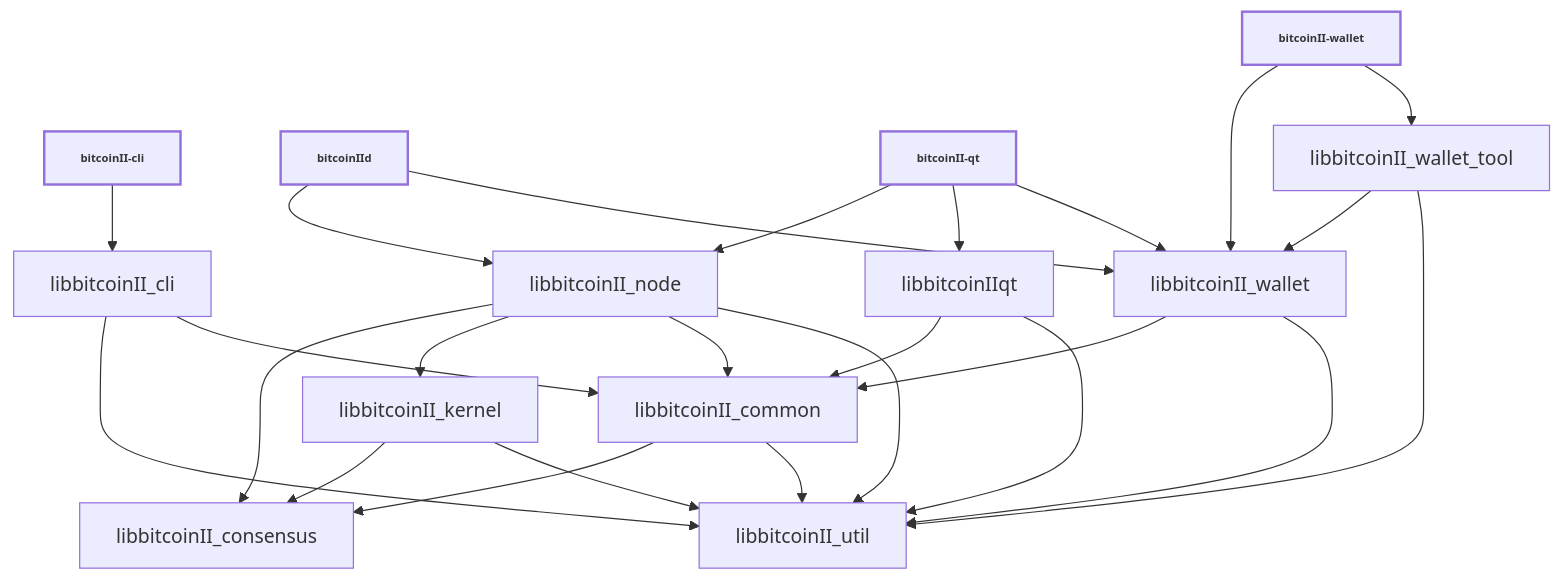
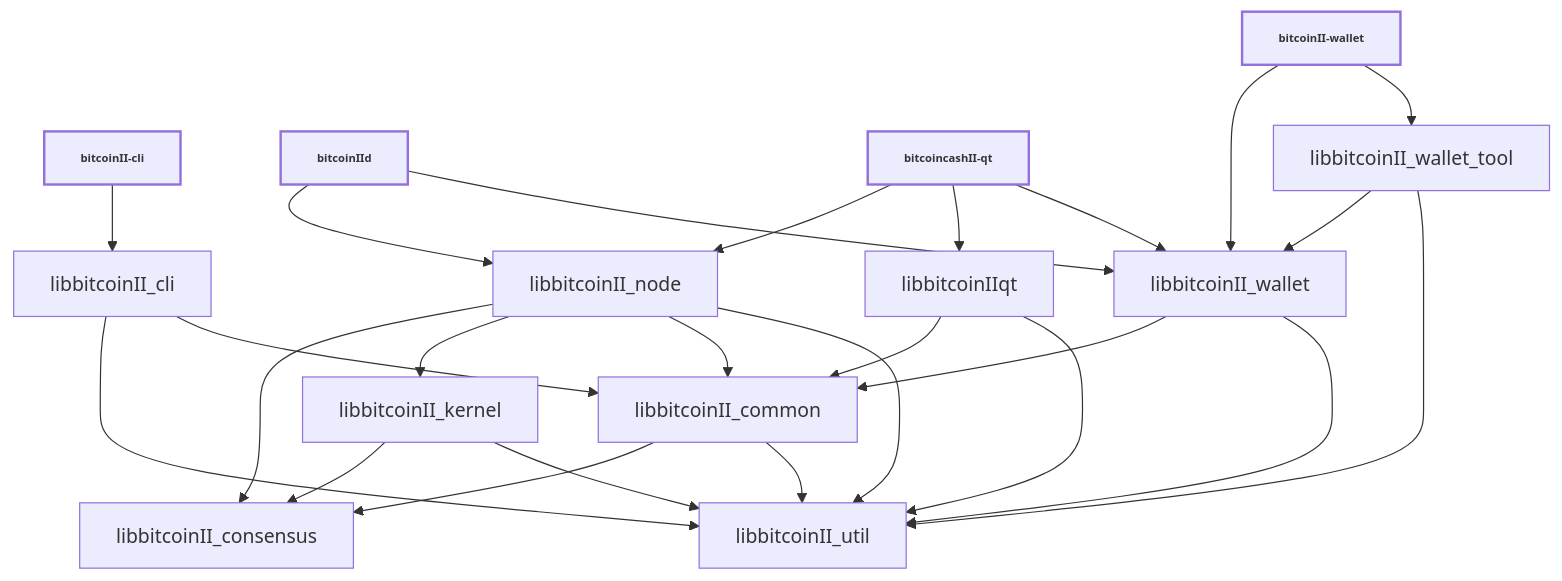
Before and after one commit to BitcoincashII/bitcoincashII-core: the diagram in doc/design/libraries.md, drawn with Mermaid. The commit also changed other lines of this file and 32 other files, not shown here.

First line of the commit message:
Rename QT binary from bitcoinII-qt to bitcoincashII-qt across all platforms

````diff
--- a/doc/design/libraries.md
+++ b/doc/design/libraries.md
@@ -36,44 +36,44 @@
 ```mermaid
 
 %%{ init : { "flowchart" : { "curve" : "basis" }}}%%
 
 graph TD;
 
 bitcoinII-cli[bitcoinII-cli]-->libbitcoinII_cli;
 
 bitcoinIId[bitcoinIId]-->libbitcoinII_node;
 bitcoinIId[bitcoinIId]-->libbitcoinII_wallet;
 
-bitcoinII-qt[bitcoinII-qt]-->libbitcoinII_node;
-bitcoinII-qt[bitcoinII-qt]-->libbitcoinIIqt;
-bitcoinII-qt[bitcoinII-qt]-->libbitcoinII_wallet;
+bitcoincashII-qt[bitcoincashII-qt]-->libbitcoinII_node;
+bitcoincashII-qt[bitcoincashII-qt]-->libbitcoinIIqt;
+bitcoincashII-qt[bitcoincashII-qt]-->libbitcoinII_wallet;
 
 bitcoinII-wallet[bitcoinII-wallet]-->libbitcoinII_wallet;
 bitcoinII-wallet[bitcoinII-wallet]-->libbitcoinII_wallet_tool;
 
 libbitcoinII_cli-->libbitcoinII_util;
 libbitcoinII_cli-->libbitcoinII_common;
 
 libbitcoinII_common-->libbitcoinII_consensus;
 libbitcoinII_common-->libbitcoinII_util;
 
 libbitcoinII_kernel-->libbitcoinII_consensus;
 libbitcoinII_kernel-->libbitcoinII_util;
 
 libbitcoinII_node-->libbitcoinII_consensus;
 libbitcoinII_node-->libbitcoinII_kernel;
 libbitcoinII_node-->libbitcoinII_common;
 libbitcoinII_node-->libbitcoinII_util;
 
 libbitcoinIIqt-->libbitcoinII_common;
 libbitcoinIIqt-->libbitcoinII_util;
 
 libbitcoinII_wallet-->libbitcoinII_common;
 libbitcoinII_wallet-->libbitcoinII_util;
 
 libbitcoinII_wallet_tool-->libbitcoinII_wallet;
 libbitcoinII_wallet_tool-->libbitcoinII_util;
 
 classDef bold stroke-width:2px, font-weight:bold, font-size: smaller;
-class bitcoinII-qt,bitcoinIId,bitcoinII-cli,bitcoinII-wallet bold
+class bitcoincashII-qt,bitcoinIId,bitcoinII-cli,bitcoinII-wallet bold
 ```
````
